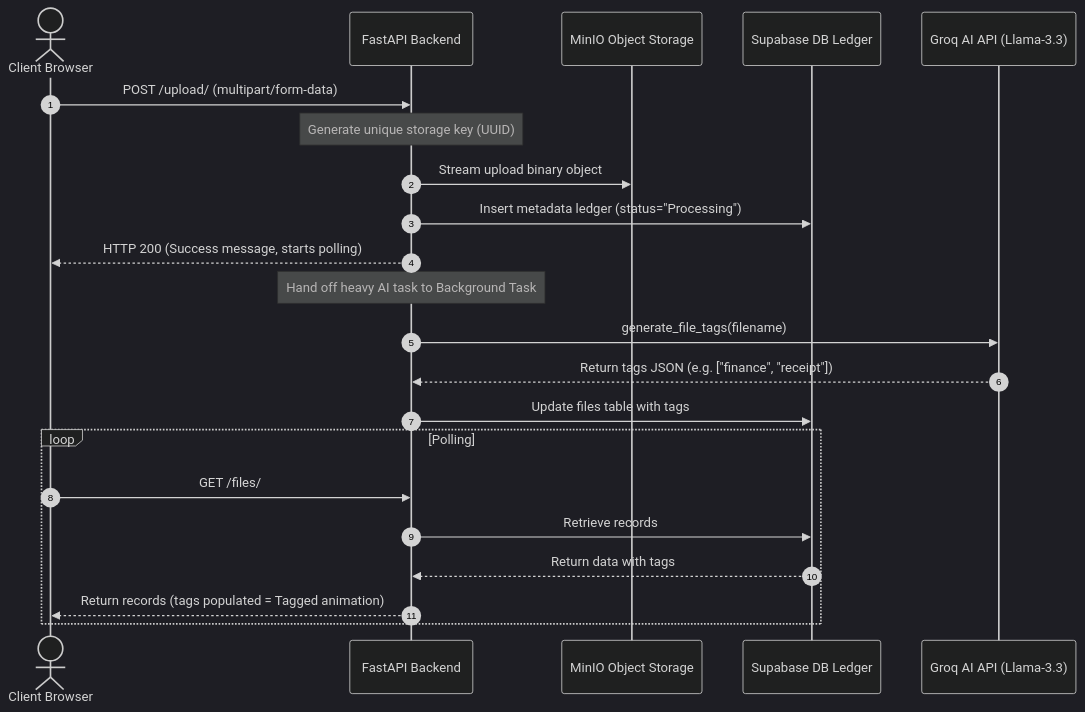
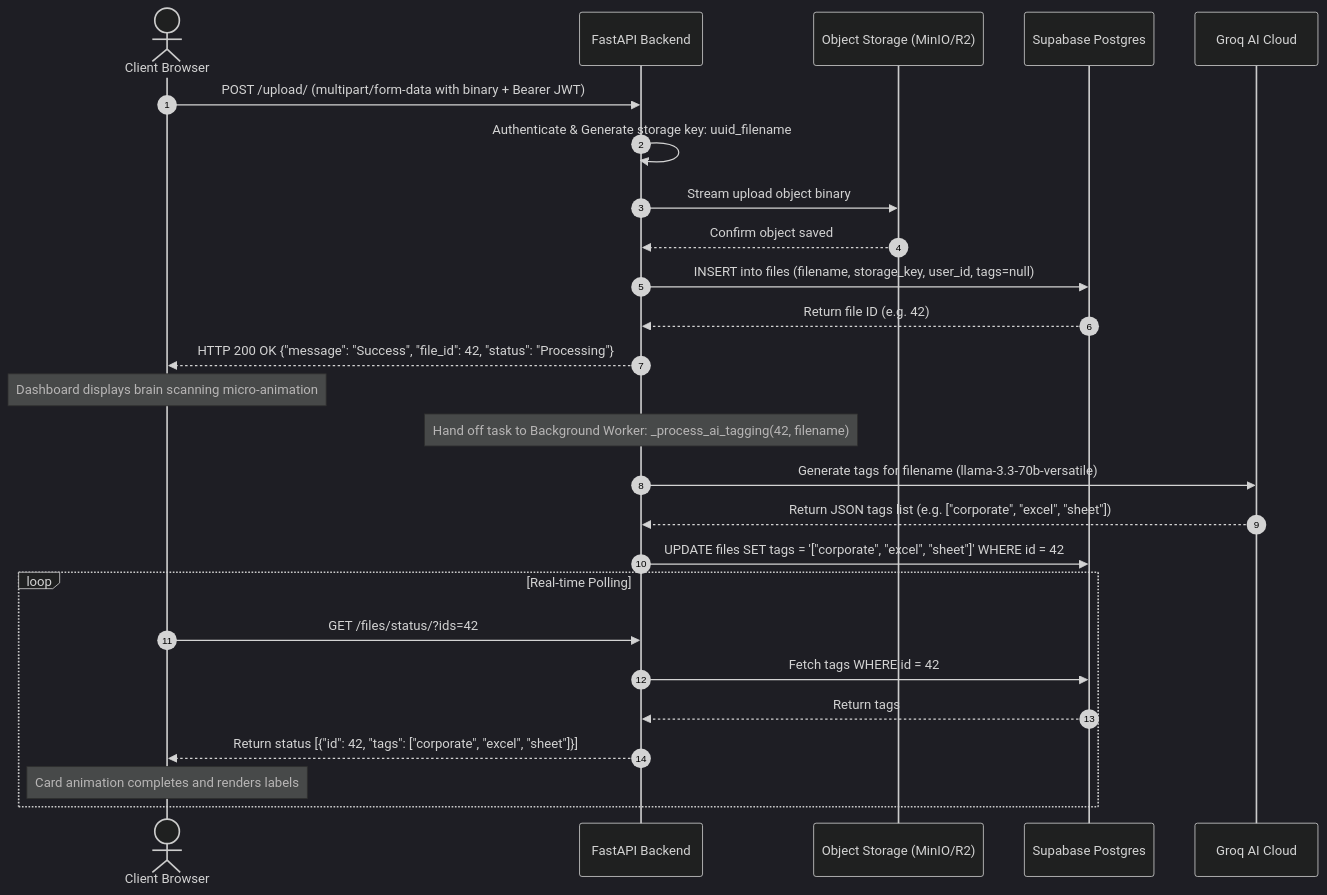
Before and after one commit to L9G9N0/OrbitSync-Backend: the fourth of 6 diagrams in README.md, drawn with Mermaid (dark theme). The commit also changed other lines of this file and 24 other files, not shown here.

Commit message:
docs: add comprehensive system architecture, API specifications, and showcase screenshots

````diff
--- a/README.md
+++ b/README.md
@@ -10,27 +191,31 @@
 ```mermaid
 sequenceDiagram
     autonumber
     actor User as Client Browser
     participant API as FastAPI Backend
-    participant Storage as MinIO Object Storage
-    participant DB as Supabase DB Ledger
-    participant AI as Groq AI API (Llama-3.3)
+    participant Storage as Object Storage (MinIO/R2)
+    participant DB as Supabase Postgres
+    participant Groq as Groq AI Cloud
 
-    User->>API: POST /upload/ (multipart/form-data)
-    Note over API: Generate unique storage key (UUID)
-    API->>Storage: Stream upload binary object
-    API->>DB: Insert metadata ledger (status="Processing")
-    API-->>User: HTTP 200 (Success message, starts polling)
+    User->>API: POST /upload/ (multipart/form-data with binary + Bearer JWT)
+    API->>API: Authenticate & Generate storage key: uuid_filename
+    API->>Storage: Stream upload object binary
+    Storage-->>API: Confirm object saved
+    API->>DB: INSERT into files (filename, storage_key, user_id, tags=null)
+    DB-->>API: Return file ID (e.g. 42)
+    API-->>User: HTTP 200 OK {"message": "Success", "file_id": 42, "status": "Processing"}
+    Note over User: Dashboard displays brain scanning micro-animation
     
-    Note over API: Hand off heavy AI task to Background Task
-    API->>AI: generate_file_tags(filename)
-    AI-->>API: Return tags JSON (e.g. ["finance", "receipt"])
-    API->>DB: Update files table with tags
+    Note over API: Hand off task to Background Worker: _process_ai_tagging(42, filename)
+    API->>Groq: Generate tags for filename (llama-3.3-70b-versatile)
+    Groq-->>API: Return JSON tags list (e.g. ["corporate", "excel", "sheet"])
+    API->>DB: UPDATE files SET tags = '["corporate", "excel", "sheet"]' WHERE id = 42
     
-    loop Polling
-        User->>API: GET /files/
-        API->>DB: Retrieve records
-        DB-->>API: Return data with tags
-        API-->>User: Return records (tags populated = Tagged animation)
+    loop Real-time Polling
+        User->>API: GET /files/status/?ids=42
+        API->>DB: Fetch tags WHERE id = 42
+        DB-->>API: Return tags
+        API-->>User: Return status [{"id": 42, "tags": ["corporate", "excel", "sheet"]}]
+        Note over User: Card animation completes and renders labels
     end
 ```
````
